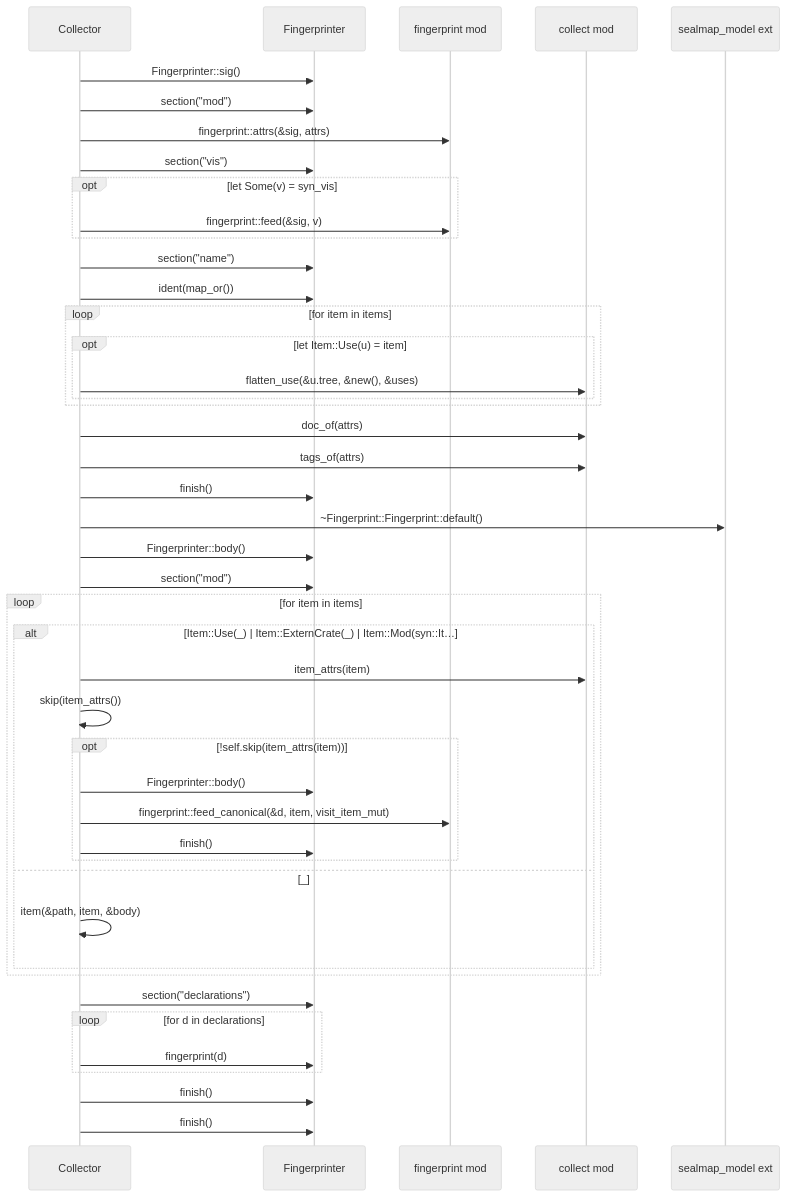
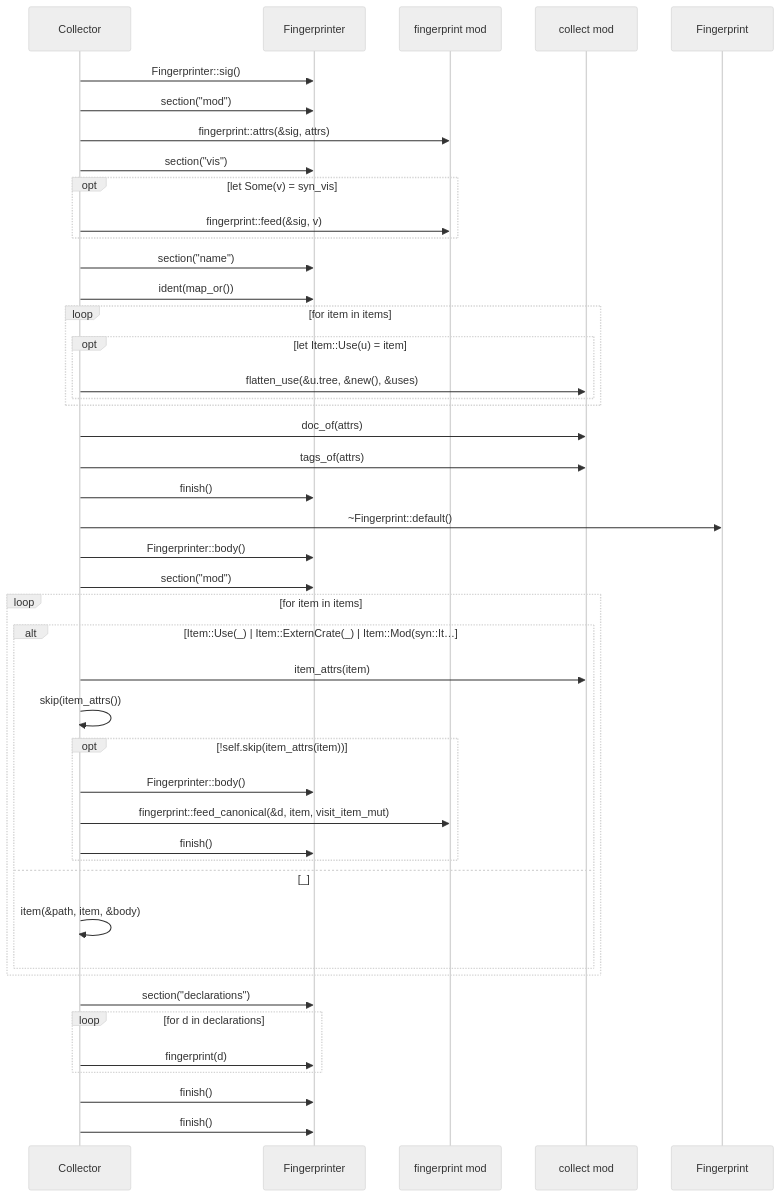
The fourth of 50 diagrams in docs/sealmap/crates/sealmap-rust/src/collect.rs.md (DreamLab-AI/codemaid), drawn with Mermaid (neutral theme) before and after one commit. The commit also changed other lines of this file and 29 other files, not shown here.

````diff
--- a/docs/sealmap/crates/sealmap-rust/src/collect.rs.md
+++ b/docs/sealmap/crates/sealmap-rust/src/collect.rs.md
@@ -310,47 +310,47 @@
 ```mermaid
 sequenceDiagram
   participant sealmap_rust__collect___tCollector as Collector
-  participant sealmap_frontend__fingerprint___tFingerprinter as Fingerprinter
+  participant sealmap_extract__fingerprint___tFingerprinter as Fingerprinter
   participant sealmap_rust__fingerprint as fingerprint mod
   participant sealmap_rust__collect as collect mod
-  participant _sealmap_model as sealmap_model ext
-  sealmap_rust__collect___tCollector->>sealmap_frontend__fingerprint___tFingerprinter: Fingerprinter::sig()
-  sealmap_rust__collect___tCollector->>sealmap_frontend__fingerprint___tFingerprinter: section(#quot;mod#quot;)
+  participant sealmap_model__hash___tFingerprint as Fingerprint
+  sealmap_rust__collect___tCollector->>sealmap_extract__fingerprint___tFingerprinter: Fingerprinter::sig()
+  sealmap_rust__collect___tCollector->>sealmap_extract__fingerprint___tFingerprinter: section(#quot;mod#quot;)
   sealmap_rust__collect___tCollector->>sealmap_rust__fingerprint: fingerprint::attrs(&sig, attrs)
-  sealmap_rust__collect___tCollector->>sealmap_frontend__fingerprint___tFingerprinter: section(#quot;vis#quot;)
+  sealmap_rust__collect___tCollector->>sealmap_extract__fingerprint___tFingerprinter: section(#quot;vis#quot;)
   opt let Some(v) = syn_vis
     sealmap_rust__collect___tCollector->>sealmap_rust__fingerprint: fingerprint::feed(&sig, v)
   end
-  sealmap_rust__collect___tCollector->>sealmap_frontend__fingerprint___tFingerprinter: section(#quot;name#quot;)
-  sealmap_rust__collect___tCollector->>sealmap_frontend__fingerprint___tFingerprinter: ident(map_or())
+  sealmap_rust__collect___tCollector->>sealmap_extract__fingerprint___tFingerprinter: section(#quot;name#quot;)
+  sealmap_rust__collect___tCollector->>sealmap_extract__fingerprint___tFingerprinter: ident(map_or())
   loop for item in items
     opt let Item::Use(u) = item
       sealmap_rust__collect___tCollector->>sealmap_rust__collect: flatten_use(&u.tree, &new(), &uses)
     end
   end
   sealmap_rust__collect___tCollector->>sealmap_rust__collect: doc_of(attrs)
   sealmap_rust__collect___tCollector->>sealmap_rust__collect: tags_of(attrs)
-  sealmap_rust__collect___tCollector->>sealmap_frontend__fingerprint___tFingerprinter: finish()
-  sealmap_rust__collect___tCollector->>_sealmap_model: ~Fingerprint::Fingerprint::default()
-  sealmap_rust__collect___tCollector->>sealmap_frontend__fingerprint___tFingerprinter: Fingerprinter::body()
-  sealmap_rust__collect___tCollector->>sealmap_frontend__fingerprint___tFingerprinter: section(#quot;mod#quot;)
+  sealmap_rust__collect___tCollector->>sealmap_extract__fingerprint___tFingerprinter: finish()
+  sealmap_rust__collect___tCollector->>sealmap_model__hash___tFingerprint: ~Fingerprint::default()
+  sealmap_rust__collect___tCollector->>sealmap_extract__fingerprint___tFingerprinter: Fingerprinter::body()
+  sealmap_rust__collect___tCollector->>sealmap_extract__fingerprint___tFingerprinter: section(#quot;mod#quot;)
   loop for item in items
     alt Item::Use(_) | Item::ExternCrate(_) | Item::Mod(syn::It…
       sealmap_rust__collect___tCollector->>sealmap_rust__collect: item_attrs(item)
       sealmap_rust__collect___tCollector->>sealmap_rust__collect___tCollector: skip(item_attrs())
       opt !self.skip(item_attrs(item))
-        sealmap_rust__collect___tCollector->>sealmap_frontend__fingerprint___tFingerprinter: Fingerprinter::body()
+        sealmap_rust__collect___tCollector->>sealmap_extract__fingerprint___tFingerprinter: Fingerprinter::body()
         sealmap_rust__collect___tCollector->>sealmap_rust__fingerprint: fingerprint::feed_canonical(&d, item, visit_item_mut)
-        sealmap_rust__collect___tCollector->>sealmap_frontend__fingerprint___tFingerprinter: finish()
+        sealmap_rust__collect___tCollector->>sealmap_extract__fingerprint___tFingerprinter: finish()
       end
     else _
       sealmap_rust__collect___tCollector->>sealmap_rust__collect___tCollector: item(&path, item, &body)
     end
   end
-  sealmap_rust__collect___tCollector->>sealmap_frontend__fingerprint___tFingerprinter: section(#quot;declarations#quot;)
+  sealmap_rust__collect___tCollector->>sealmap_extract__fingerprint___tFingerprinter: section(#quot;declarations#quot;)
   loop for d in declarations
-    sealmap_rust__collect___tCollector->>sealmap_frontend__fingerprint___tFingerprinter: fingerprint(d)
+    sealmap_rust__collect___tCollector->>sealmap_extract__fingerprint___tFingerprinter: fingerprint(d)
   end
-  sealmap_rust__collect___tCollector->>sealmap_frontend__fingerprint___tFingerprinter: finish()
-  sealmap_rust__collect___tCollector->>sealmap_frontend__fingerprint___tFingerprinter: finish()
+  sealmap_rust__collect___tCollector->>sealmap_extract__fingerprint___tFingerprinter: finish()
+  sealmap_rust__collect___tCollector->>sealmap_extract__fingerprint___tFingerprinter: finish()
 ```
````
